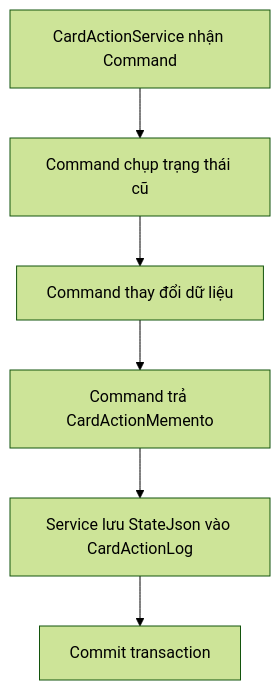
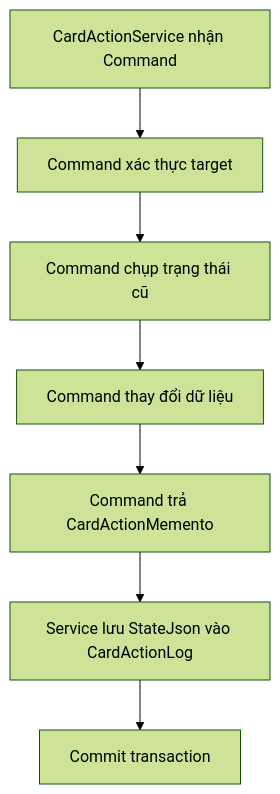
One commit to duchuyn04/LTWNC-English changed the first of 2 diagrams in explain/memento.md. Above: the diagram before and after it, drawn with Mermaid (forest theme). The commit also changed other lines of this file and 8 other files, not shown here.

````diff
--- a/explain/memento.md
+++ b/explain/memento.md
@@ -147,8 +120,9 @@
 ```mermaid
 flowchart TD
-    A[CardActionService nhận Command] --> B[Command chụp trạng thái cũ]
-    B --> C[Command thay đổi dữ liệu]
-    C --> D[Command trả CardActionMemento]
-    D --> E[Service lưu StateJson vào CardActionLog]
-    E --> F[Commit transaction]
+    A[CardActionService nhận Command] --> B[Command xác thực target]
+    B --> C[Command chụp trạng thái cũ]
+    C --> D[Command thay đổi dữ liệu]
+    D --> E[Command trả CardActionMemento]
+    E --> F[Service lưu StateJson vào CardActionLog]
+    F --> G[Commit transaction]
 ```
````
